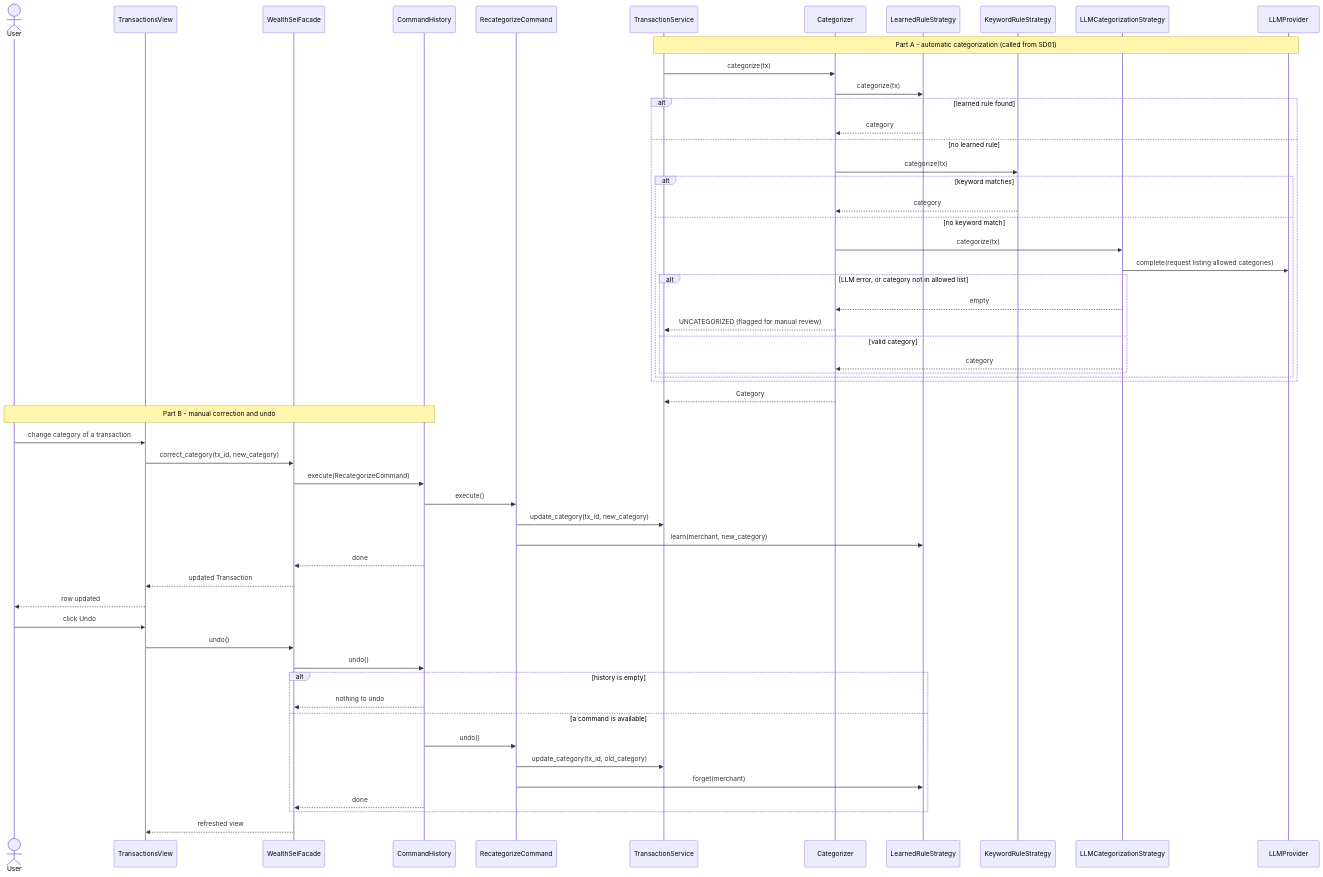
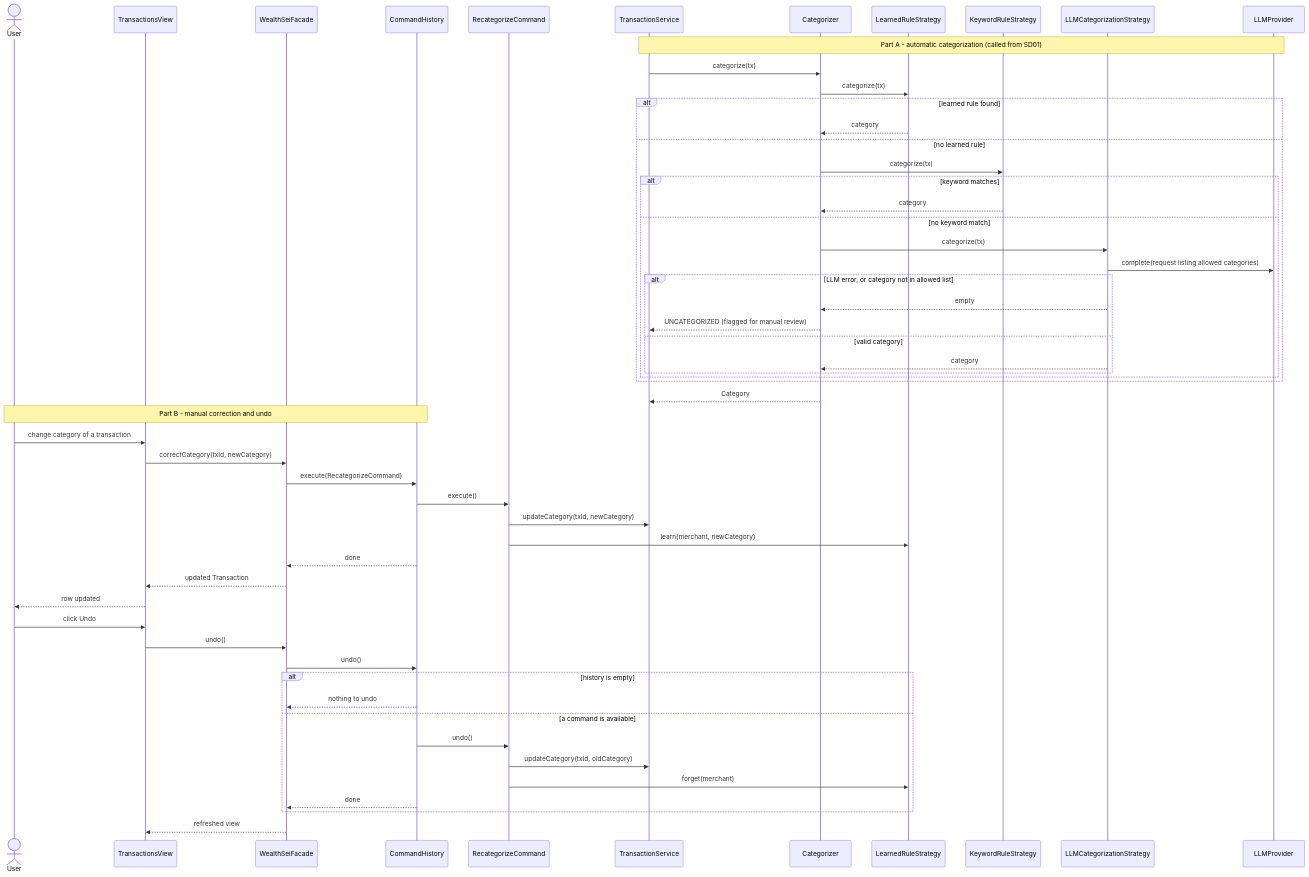
Diagram 11 of 20 in docs/WealthSei_Stage1_Report.md (Rishit-Shah/EECS-3311-Project---WealthSei), drawn with Mermaid before and after one commit. The commit also changed other lines of this file, not shown here.

````diff
--- a/docs/WealthSei_Stage1_Report.md
+++ b/docs/WealthSei_Stage1_Report.md
@@ -1776,59 +1793,59 @@
 ```mermaid
 sequenceDiagram
     actor User
     participant TV as TransactionsView
     participant F as WealthSeiFacade
     participant CH as CommandHistory
     participant RC as RecategorizeCommand
     participant TS as TransactionService
     participant CAT as Categorizer
     participant LR as LearnedRuleStrategy
     participant KR as KeywordRuleStrategy
     participant LS as LLMCategorizationStrategy
     participant LLM as LLMProvider
 
     Note over TS,LLM: Part A - automatic categorization (called from SD01)
     TS->>CAT: categorize(tx)
     CAT->>LR: categorize(tx)
     alt learned rule found
         LR-->>CAT: category
     else no learned rule
         CAT->>KR: categorize(tx)
         alt keyword matches
             KR-->>CAT: category
         else no keyword match
             CAT->>LS: categorize(tx)
             LS->>LLM: complete(request listing allowed categories)
             alt LLM error, or category not in allowed list
                 LS-->>CAT: empty
                 CAT-->>TS: UNCATEGORIZED (flagged for manual review)
             else valid category
                 LS-->>CAT: category
             end
         end
     end
     CAT-->>TS: Category
 
     Note over User,CH: Part B - manual correction and undo
     User->>TV: change category of a transaction
-    TV->>F: correct_category(tx_id, new_category)
+    TV->>F: correctCategory(txId, newCategory)
     F->>CH: execute(RecategorizeCommand)
     CH->>RC: execute()
-    RC->>TS: update_category(tx_id, new_category)
-    RC->>LR: learn(merchant, new_category)
+    RC->>TS: updateCategory(txId, newCategory)
+    RC->>LR: learn(merchant, newCategory)
     CH-->>F: done
     F-->>TV: updated Transaction
     TV-->>User: row updated
     User->>TV: click Undo
     TV->>F: undo()
     F->>CH: undo()
     alt history is empty
         CH-->>F: nothing to undo
     else a command is available
         CH->>RC: undo()
-        RC->>TS: update_category(tx_id, old_category)
+        RC->>TS: updateCategory(txId, oldCategory)
         RC->>LR: forget(merchant)
         CH-->>F: done
     end
     F-->>TV: refreshed view
 ```
````
